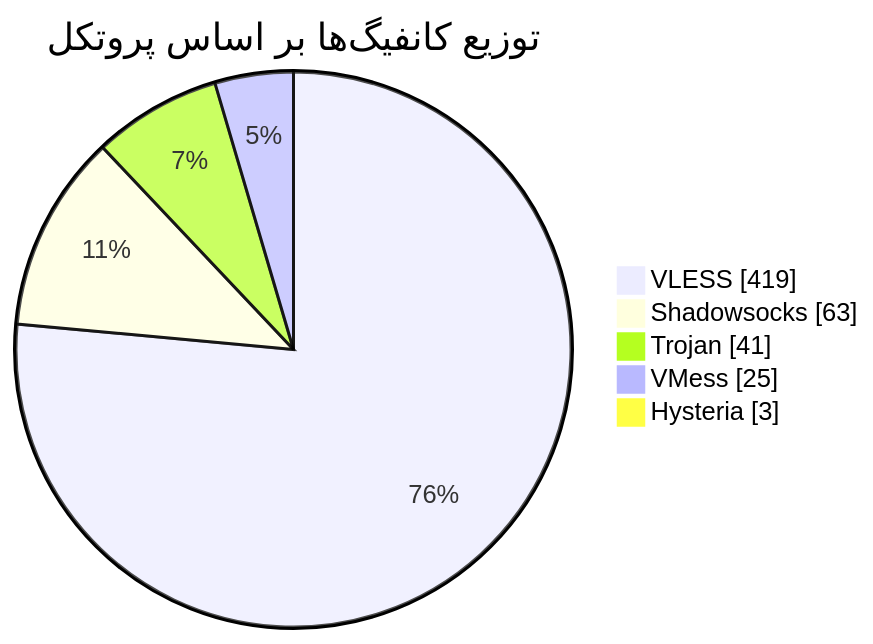
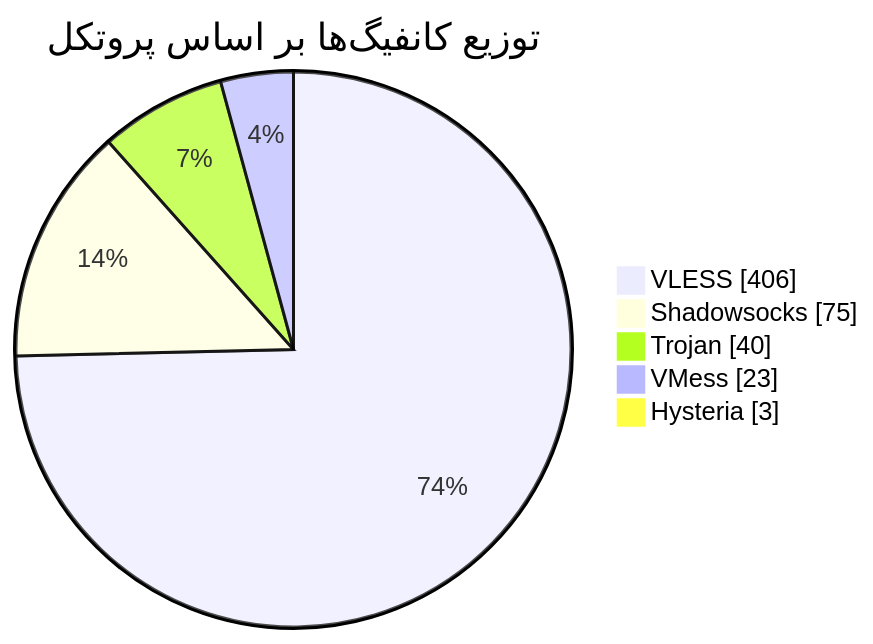
One commit to Arian-Alijani/Somthing changed the diagram in README.md. Above: the diagram before and after it, drawn with Mermaid. The commit also changed other lines of this file and 79 other files, not shown here.

````diff
--- a/README.md
+++ b/README.md
@@ -47,9 +47,9 @@
 ```mermaid
 pie showData
     title توزیع کانفیگ‌ها بر اساس پروتکل
-    "VLESS" : 419
-    "Shadowsocks" : 63
-    "Trojan" : 41
-    "VMess" : 25
+    "VLESS" : 406
+    "Shadowsocks" : 75
+    "Trojan" : 40
+    "VMess" : 23
     "Hysteria" : 3
 ```
````
